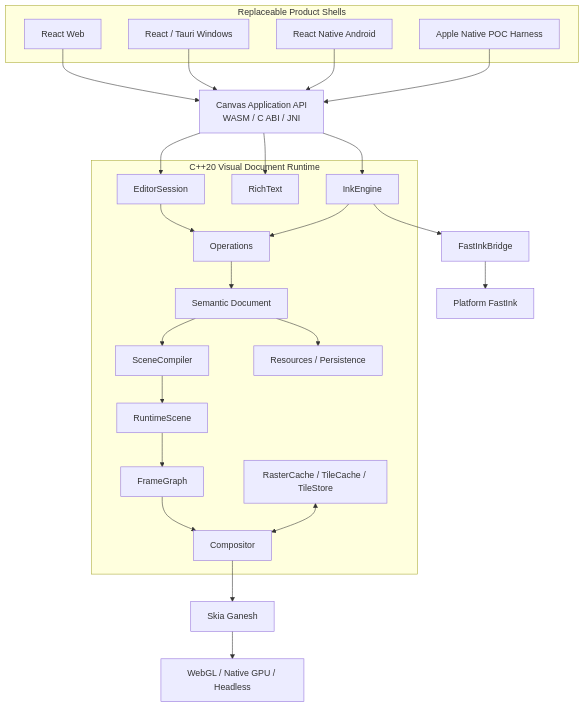
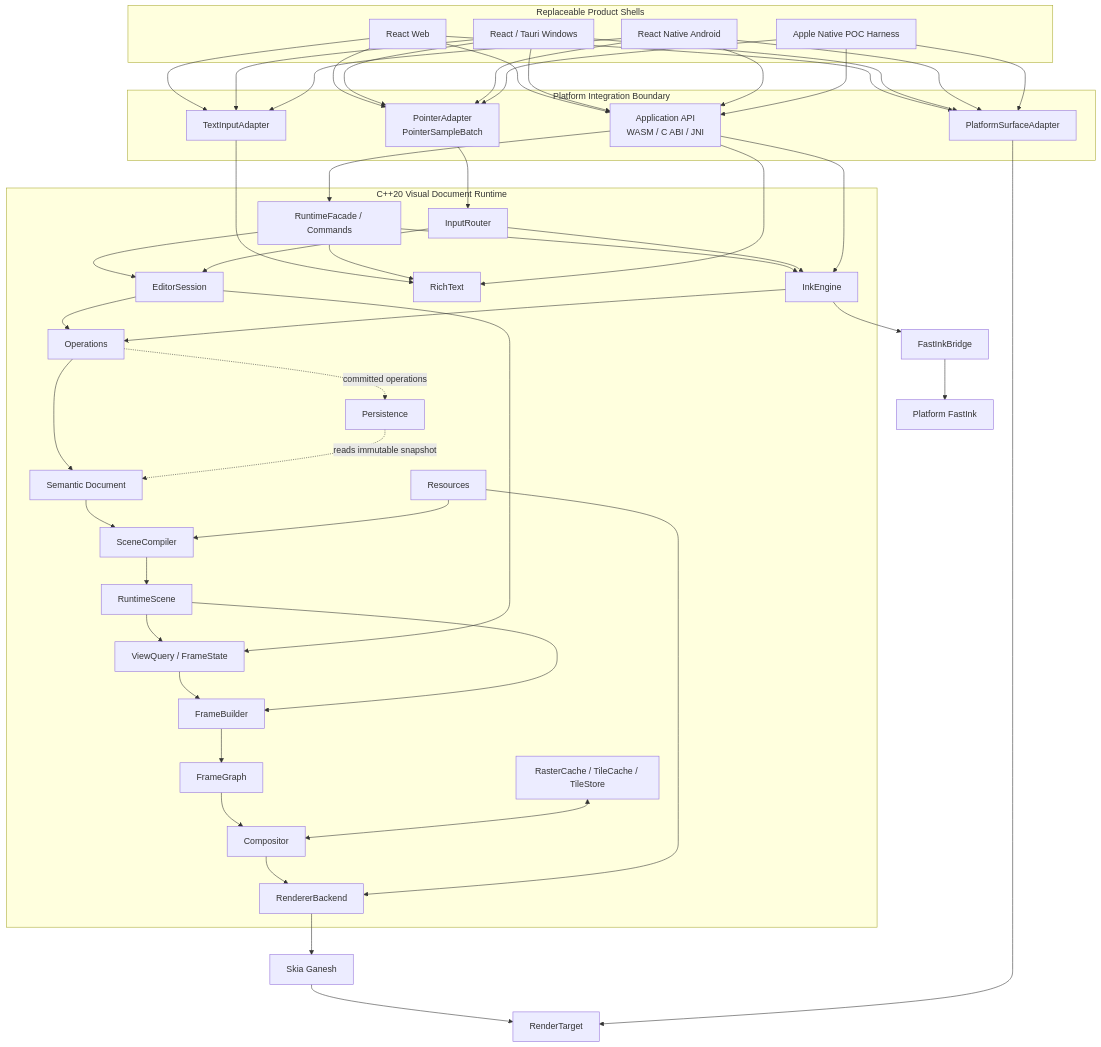
One commit to Mostorm-Labs/Axiom changed the diagram in docs/PROJECT_FRAMEWORK.md. Above: the diagram before and after it, drawn with Mermaid. The commit also changed other lines of this file and 7 other files, not shown here.

Commit message:
docs: clarify runtime architecture boundaries

````diff
--- a/docs/PROJECT_FRAMEWORK.md
+++ b/docs/PROJECT_FRAMEWORK.md
@@ -84,9 +87,16 @@
     Apple["Apple Native POC Harness"]
   end
 
-  API["Canvas Application API<br/>WASM / C ABI / JNI"]
+  subgraph PlatformBoundary["Platform Integration Boundary"]
+    AppAPI["Application API<br/>WASM / C ABI / JNI"]
+    Pointer["PointerAdapter<br/>PointerSampleBatch"]
+    IME["TextInputAdapter"]
+    SurfaceAdapter["PlatformSurfaceAdapter"]
+  end
 
   subgraph Runtime["C++20 Visual Document Runtime"]
+    Facade["RuntimeFacade / Commands"]
+    Input["InputRouter"]
     Doc["Semantic Document"]
     Ops["Operations"]
     Editor["EditorSession"]
@@ -94,35 +104,66 @@
     Ink["InkEngine"]
     Compiler["SceneCompiler"]
     Scene["RuntimeScene"]
+    View["ViewQuery / FrameState"]
+    Builder["FrameBuilder"]
     Graph["FrameGraph"]
     Comp["Compositor"]
+    Renderer["RendererBackend"]
     Cache["RasterCache / TileCache / TileStore"]
-    Store["Resources / Persistence"]
+    Resources["Resources"]
+    Persistence["Persistence"]
   end
 
   Skia["Skia Ganesh"]
-  Targets["WebGL / Native GPU / Headless"]
+  Target["RenderTarget"]
   FastBridge["FastInkBridge"]
   FastPlatform["Platform FastInk"]
 
-  Web --> API
-  Win --> API
-  Android --> API
-  Apple --> API
-  API --> Editor
+  Web --> AppAPI
+  Win --> AppAPI
+  Android --> AppAPI
+  Apple --> AppAPI
+  Web --> Pointer
+  Win --> Pointer
+  Android --> Pointer
+  Apple --> Pointer
+  Web --> IME
+  Win --> IME
+  Android --> IME
+  Web --> SurfaceAdapter
+  Win --> SurfaceAdapter
+  Android --> SurfaceAdapter
+  Apple --> SurfaceAdapter
+  AppAPI --> Facade
+  Pointer --> Input
+  IME --> Text
+  Facade --> Editor
+  Facade --> Text
+  Facade --> Ink
+  Input --> Editor
+  Input --> Ink
   Editor --> Ops
   Ops --> Doc
-  Doc --> Store
   Doc --> Compiler
   Compiler --> Scene
-  Scene --> Graph
+  Scene --> View
+  Editor --> View
+  View --> Builder
+  Scene --> Builder
+  Builder --> Graph
   Graph --> Comp
   Cache <--> Comp
-  Comp --> Skia
-  Skia --> Targets
-  API --> Text
-  API --> Ink
+  Comp --> Renderer
+  Renderer --> Skia
+  Skia --> Target
+  SurfaceAdapter --> Target
+  AppAPI --> Text
+  AppAPI --> Ink
   Ink --> Ops
   Ink --> FastBridge
   FastBridge --> FastPlatform
+  Resources --> Compiler
+  Resources --> Renderer
+  Persistence -.->|reads immutable snapshot| Doc
+  Ops -.->|committed operations| Persistence
 ```
````
